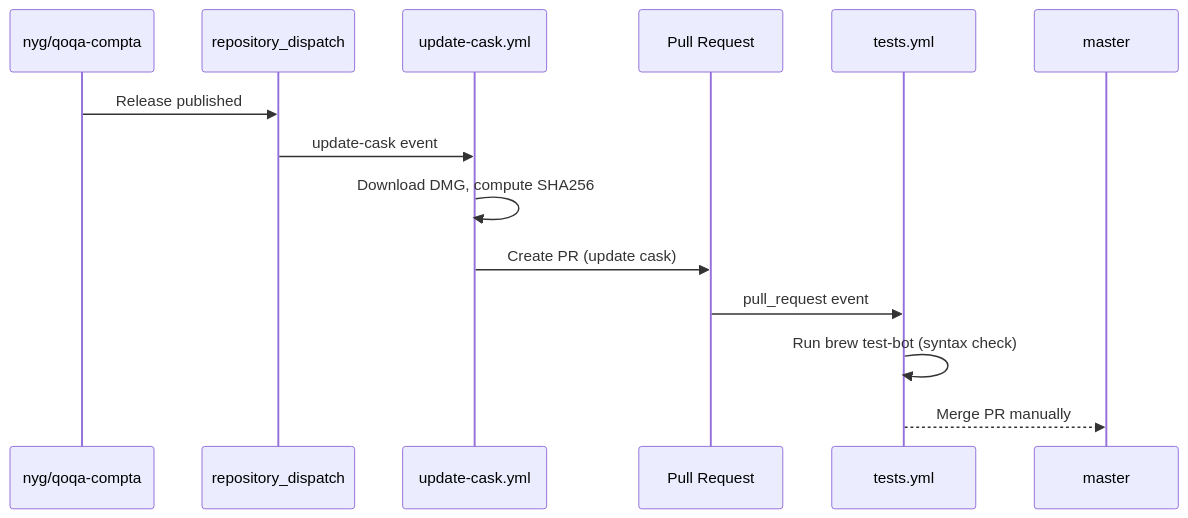
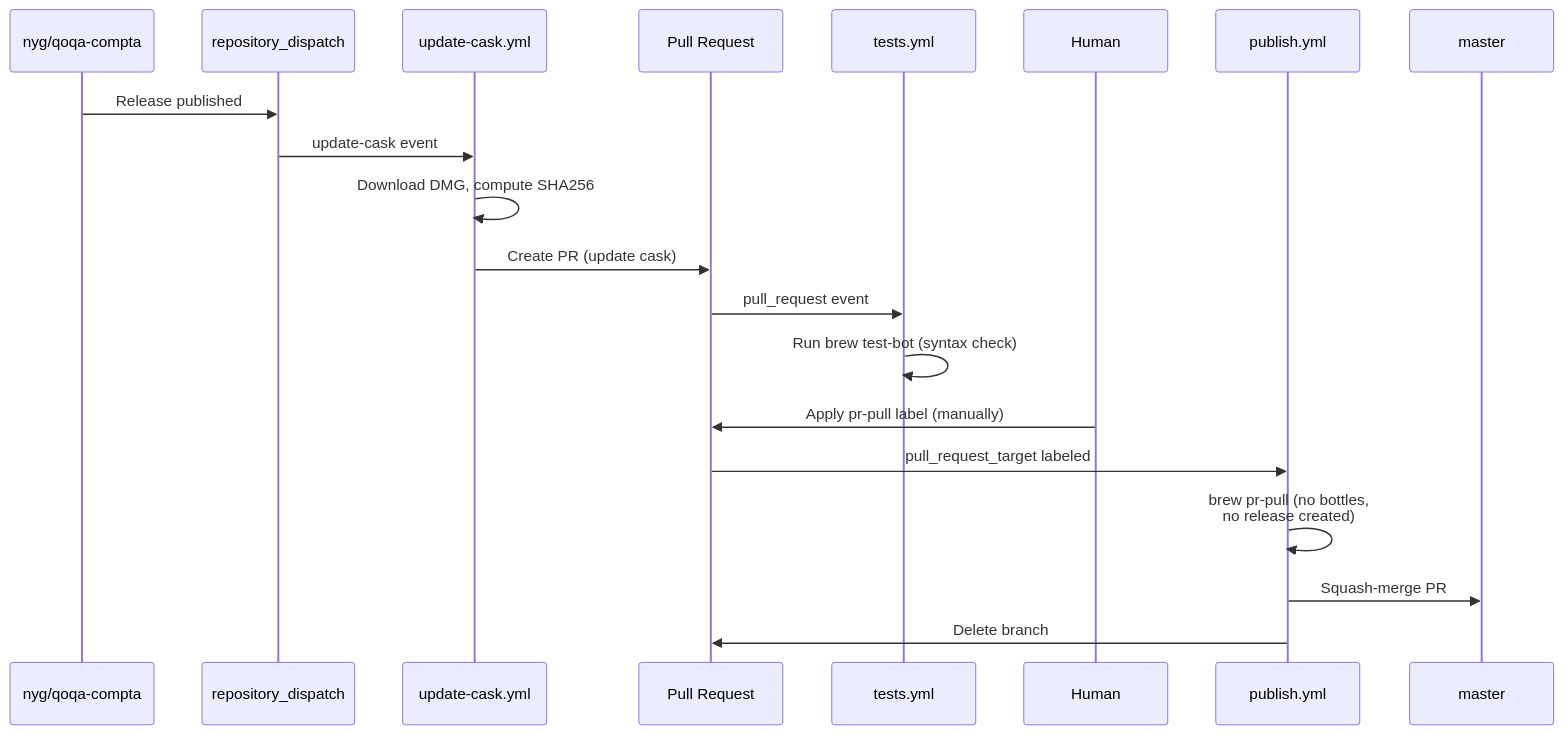
One commit to nyg/homebrew-tap changed the second of 2 diagrams in docs/automated-updates.md. Above: the diagram before and after it, drawn with Mermaid. The commit also changed other lines of this file and 2 other files, not shown here.

Commit message:
docs: clarify that cask updates don't need a GitHub release (#10)

````diff
--- a/docs/automated-updates.md
+++ b/docs/automated-updates.md
@@ -57,17 +57,23 @@
 ```mermaid
 sequenceDiagram
     participant U as nyg/qoqa-compta
     participant D as repository_dispatch
     participant UC as update-cask.yml
     participant PR as Pull Request
     participant TB as tests.yml
+    participant H as Human
+    participant PB as publish.yml
     participant M as master
 
     U->>D: Release published
     D->>UC: update-cask event
     UC->>UC: Download DMG, compute SHA256
     UC->>PR: Create PR (update cask)
     PR->>TB: pull_request event
     TB->>TB: Run brew test-bot (syntax check)
-    TB-->>M: Merge PR manually
+    H->>PR: Apply pr-pull label (manually)
+    PR->>PB: pull_request_target labeled
+    PB->>PB: brew pr-pull (no bottles,<br/>no release created)
+    PB->>M: Squash-merge PR
+    PB->>PR: Delete branch
 ```
````
